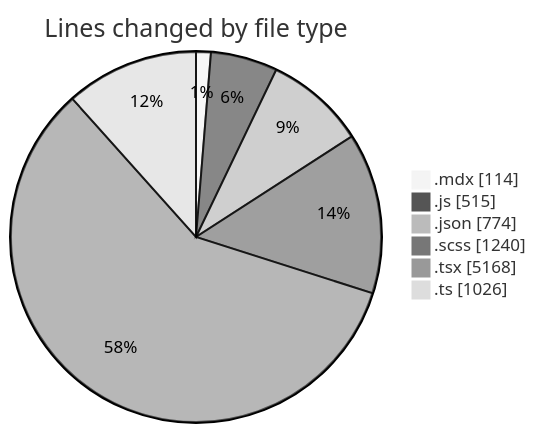
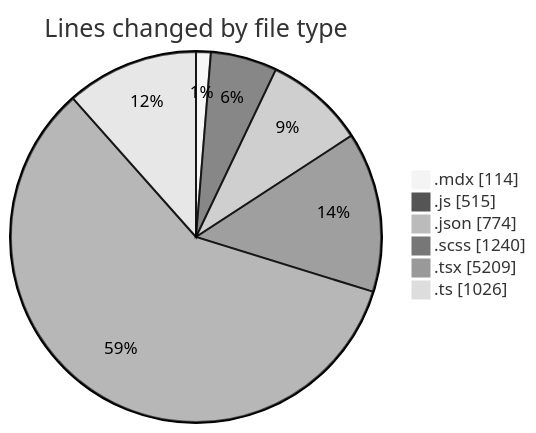
Before and after one commit to momahboobian/code-tracking: the first of 2 diagrams in 2026-08-13/cda/README.md, drawn with Mermaid (neutral theme). The commit also changed other lines of this file and 1 other file, not shown here.

````diff
--- a/2026-08-13/cda/README.md
+++ b/2026-08-13/cda/README.md
@@ -46,10 +46,10 @@
 ```mermaid
 pie showData
 title Lines changed by file type
 ".mdx" : 114
 ".js" : 515
 ".json" : 774
 ".scss" : 1240
-".tsx" : 5168
+".tsx" : 5209
 ".ts" : 1026
 ```
````
